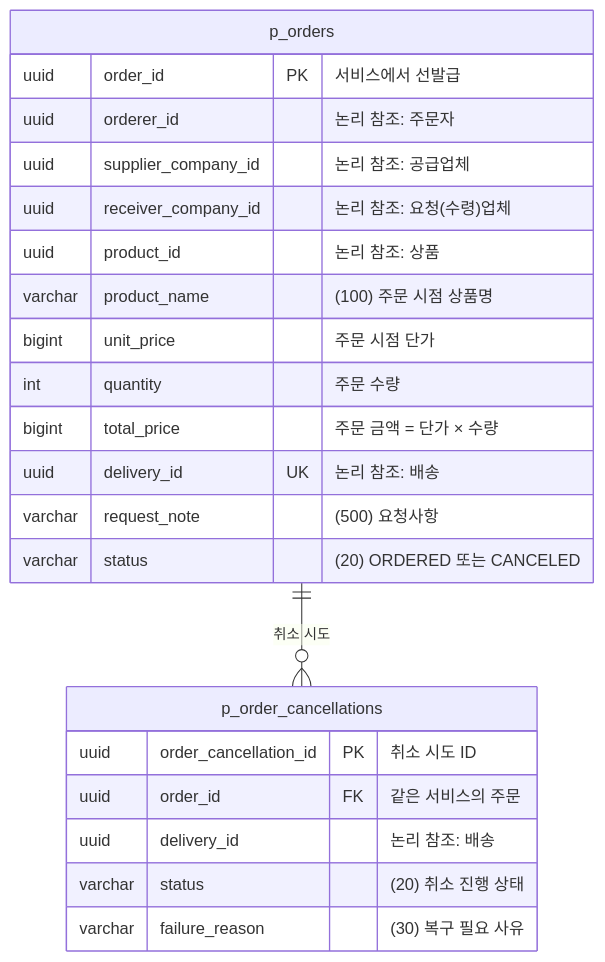
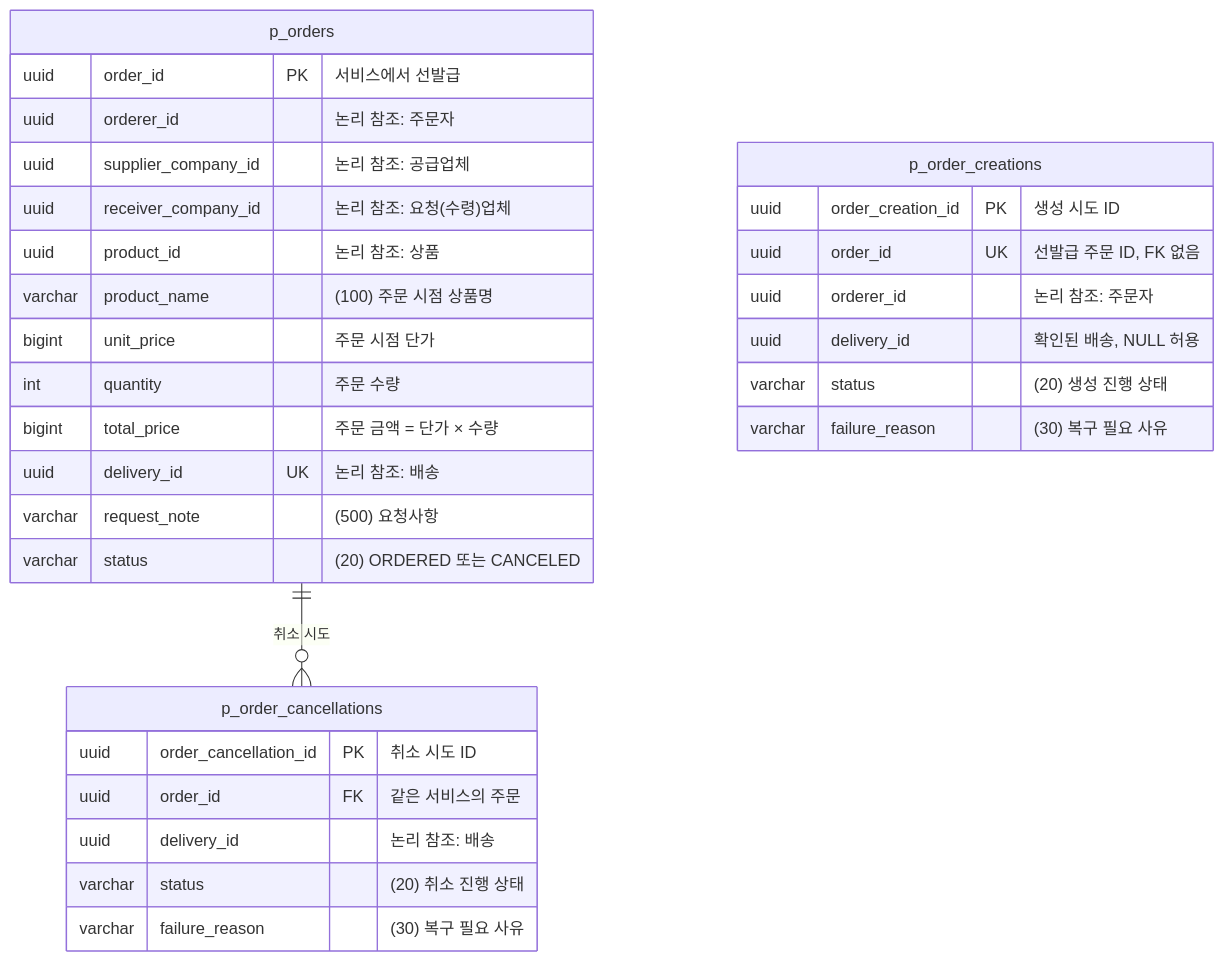
Before and after one commit to logistics-group3/logistics-management: diagram 16 of 20 in docs/SA/sparta-logistics-sa.md, drawn with Mermaid. The commit also changed other lines of this file and 31 other files, not shown here.

````diff
--- a/docs/SA/sparta-logistics-sa.md
+++ b/docs/SA/sparta-logistics-sa.md
@@ -533,25 +534,33 @@
 ```mermaid
 erDiagram
     p_orders ||--o{ p_order_cancellations : "취소 시도"
     p_orders {
         uuid order_id PK "서비스에서 선발급"
         uuid orderer_id "논리 참조: 주문자"
         uuid supplier_company_id "논리 참조: 공급업체"
         uuid receiver_company_id "논리 참조: 요청(수령)업체"
         uuid product_id "논리 참조: 상품"
         varchar product_name "(100) 주문 시점 상품명"
         bigint unit_price "주문 시점 단가"
         int quantity "주문 수량"
         bigint total_price "주문 금액 = 단가 × 수량"
         uuid delivery_id UK "논리 참조: 배송"
         varchar request_note "(500) 요청사항"
         varchar status "(20) ORDERED 또는 CANCELED"
     }
+    p_order_creations {
+        uuid order_creation_id PK "생성 시도 ID"
+        uuid order_id UK "선발급 주문 ID, FK 없음"
+        uuid orderer_id "논리 참조: 주문자"
+        uuid delivery_id "확인된 배송, NULL 허용"
+        varchar status "(20) 생성 진행 상태"
+        varchar failure_reason "(30) 복구 필요 사유"
+    }
     p_order_cancellations {
         uuid order_cancellation_id PK "취소 시도 ID"
         uuid order_id FK "같은 서비스의 주문"
         uuid delivery_id "논리 참조: 배송"
         varchar status "(20) 취소 진행 상태"
         varchar failure_reason "(30) 복구 필요 사유"
     }
 ```
````
